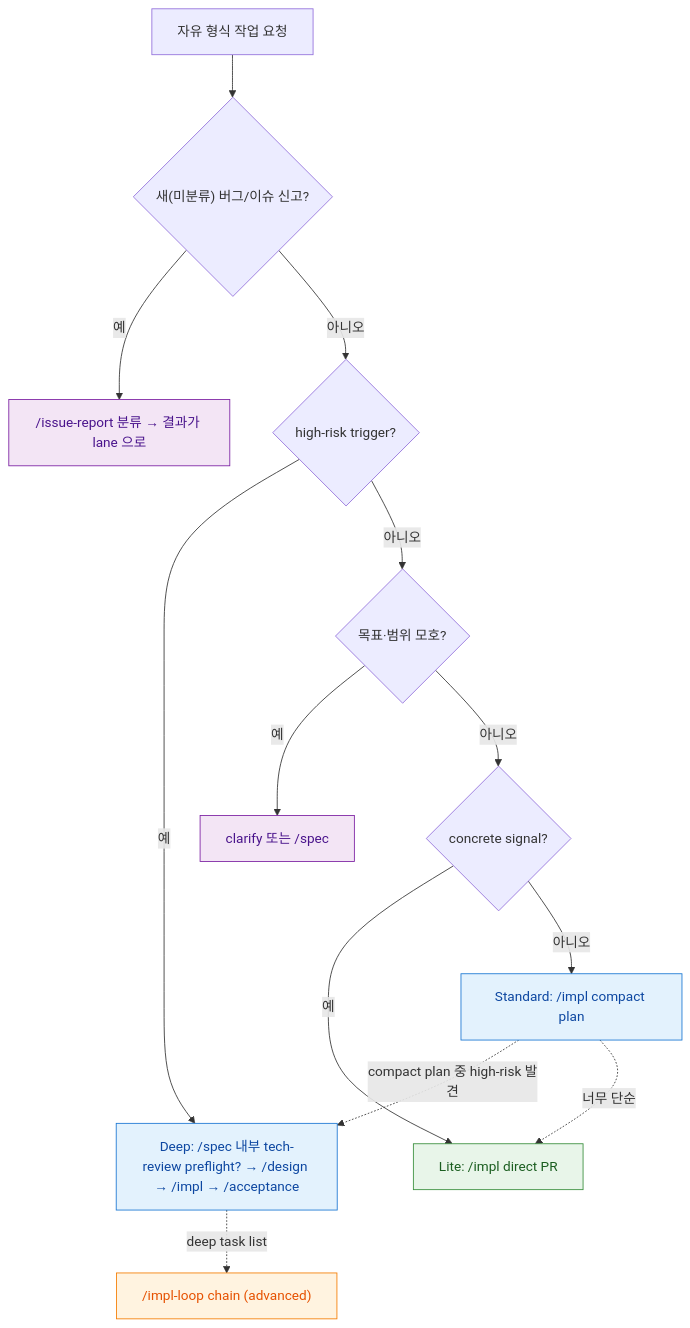
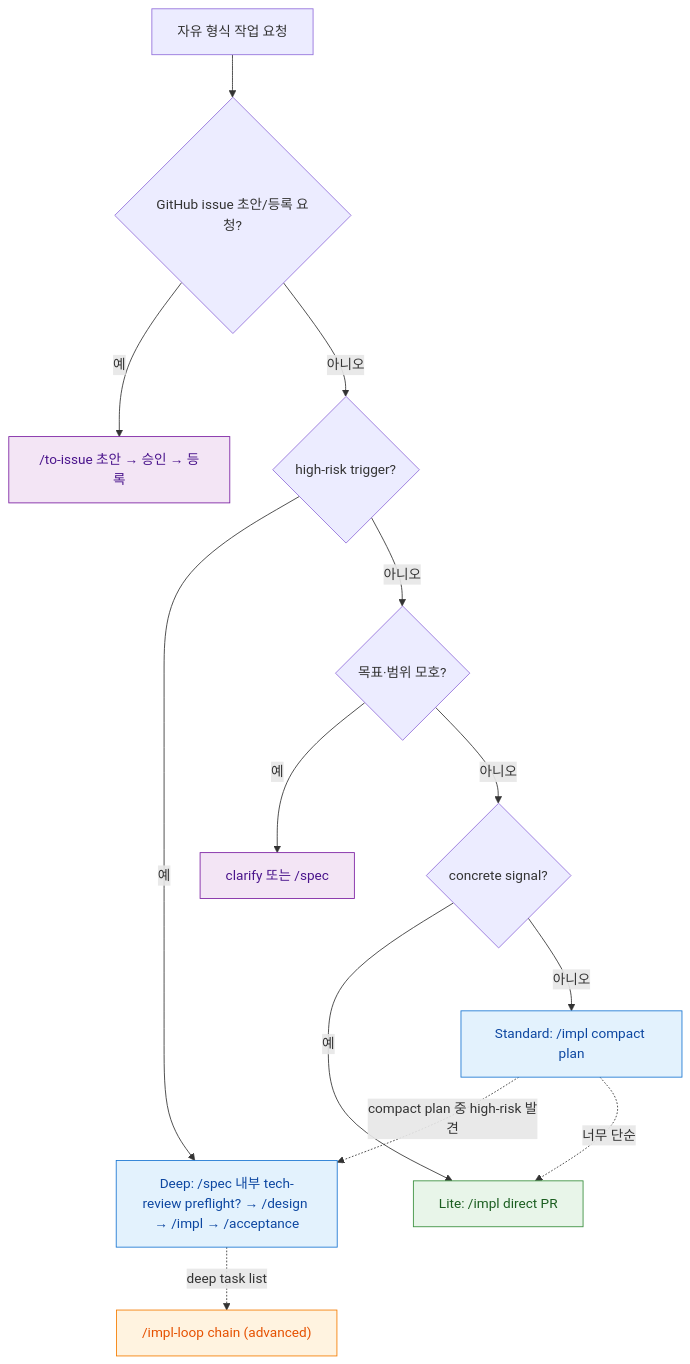
Before and after one commit to alruminum/dcNess: the diagram in docs/plugin/workflow-router.md, drawn with Mermaid. The commit also changed other lines of this file and 45 other files, not shown here.

````diff
--- a/docs/plugin/workflow-router.md
+++ b/docs/plugin/workflow-router.md
@@ -44,26 +44,26 @@
 ```mermaid
 flowchart TB
-  REQ["자유 형식 작업 요청"] --> BUG{"새(미분류) 버그/이슈 신고?"}
-  BUG -->|예| IR["/issue-report 분류 → 결과가 lane 으로"]
-  BUG -->|아니오| HR{"high-risk trigger?"}
+  REQ["자유 형식 작업 요청"] --> MAKE{"GitHub issue 초안/등록 요청?"}
+  MAKE -->|예| TI["/to-issue 초안 → 승인 → 등록"]
+  MAKE -->|아니오| HR{"high-risk trigger?"}
   HR -->|예| DP["Deep: /spec 내부 tech-review preflight? → /design → /impl → /acceptance"]
   HR -->|아니오| AM{"목표·범위 모호?"}
   AM -->|예| CL["clarify 또는 /spec"]
   AM -->|아니오| CS{"concrete signal?"}
   CS -->|예| LT["Lite: /impl direct PR"]
   CS -->|아니오| ST["Standard: /impl compact plan"]
   ST -.->|compact plan 중 high-risk 발견| DP
   ST -.->|너무 단순| LT
   DP -.->|deep task list| SHAPE["/impl-loop chain (advanced)"]
 
   classDef gate fill:#e3f2fd,stroke:#1976d2,color:#0d47a1
   classDef shape fill:#fff3e0,stroke:#f57c00,color:#e65100
   classDef clar fill:#f3e5f5,stroke:#7b1fa2,color:#4a148c
   classDef direct fill:#e8f5e9,stroke:#388e3c,color:#1b5e20
   class DP gate
   class SHAPE shape
   class CL clar
-  class IR clar
+  class TI clar
   class LT direct
   class ST gate
 ```
````
